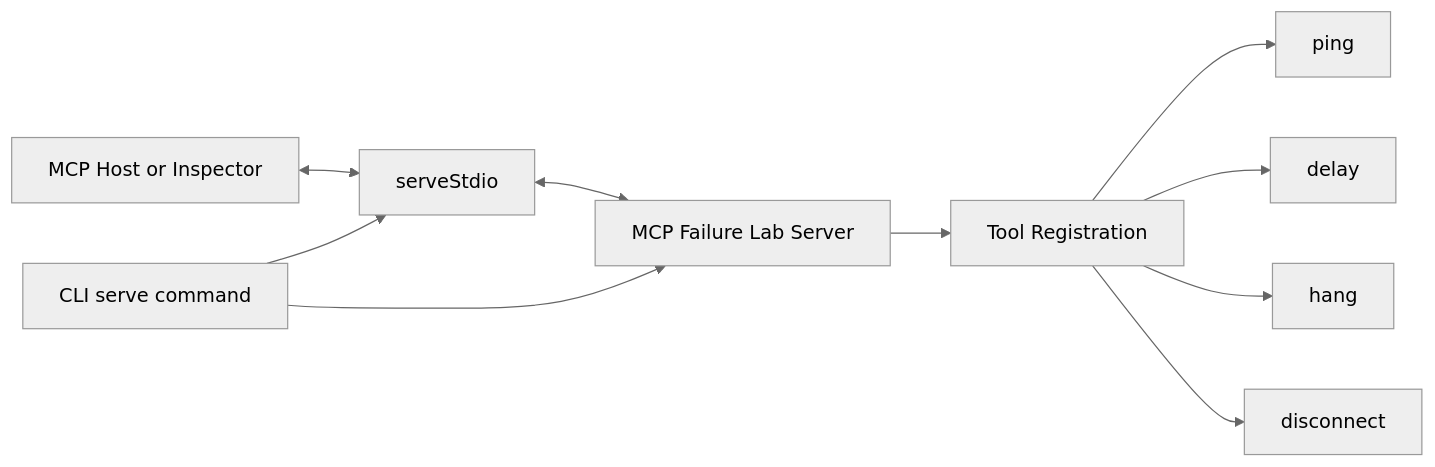
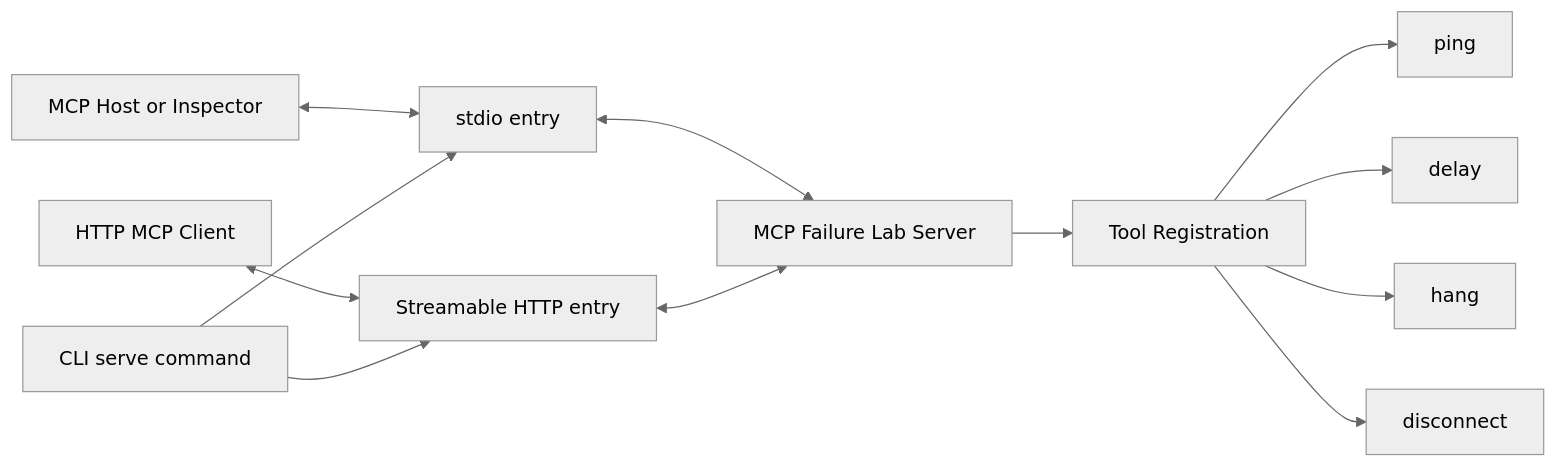
One commit to anilloutombam/mcplab.dev changed the first of 3 diagrams in src/content/docs/docs/architecture.mdx. Above: the diagram before and after it, drawn with Mermaid (neutral theme). The commit also changed other lines of this file and 25 other files, not shown here.

First line of the commit message:
docs: add Streamable HTTP guide and brand assets (#15)

````diff
--- a/src/content/docs/docs/architecture.mdx
+++ b/src/content/docs/docs/architecture.mdx
@@ -10,12 +10,14 @@
 ```mermaid
 graph LR
-    Host[MCP Host or Inspector] <--> Entry[serveStdio]
-    Entry <--> Server[MCP Failure Lab Server]
+    Host[MCP Host or Inspector] <--> Stdio[stdio entry]
+    HttpClient[HTTP MCP Client] <--> Http[Streamable HTTP entry]
+    Stdio <--> Server[MCP Failure Lab Server]
+    Http <--> Server
     Server --> Registration[Tool Registration]
     Registration --> Ping[ping]
     Registration --> Delay[delay]
     Registration --> Hang[hang]
     Registration --> Disconnect[disconnect]
-    CLI[CLI serve command] --> Entry
-    CLI --> Server
+    CLI[CLI serve command] --> Stdio
+    CLI --> Http
 ```
````
